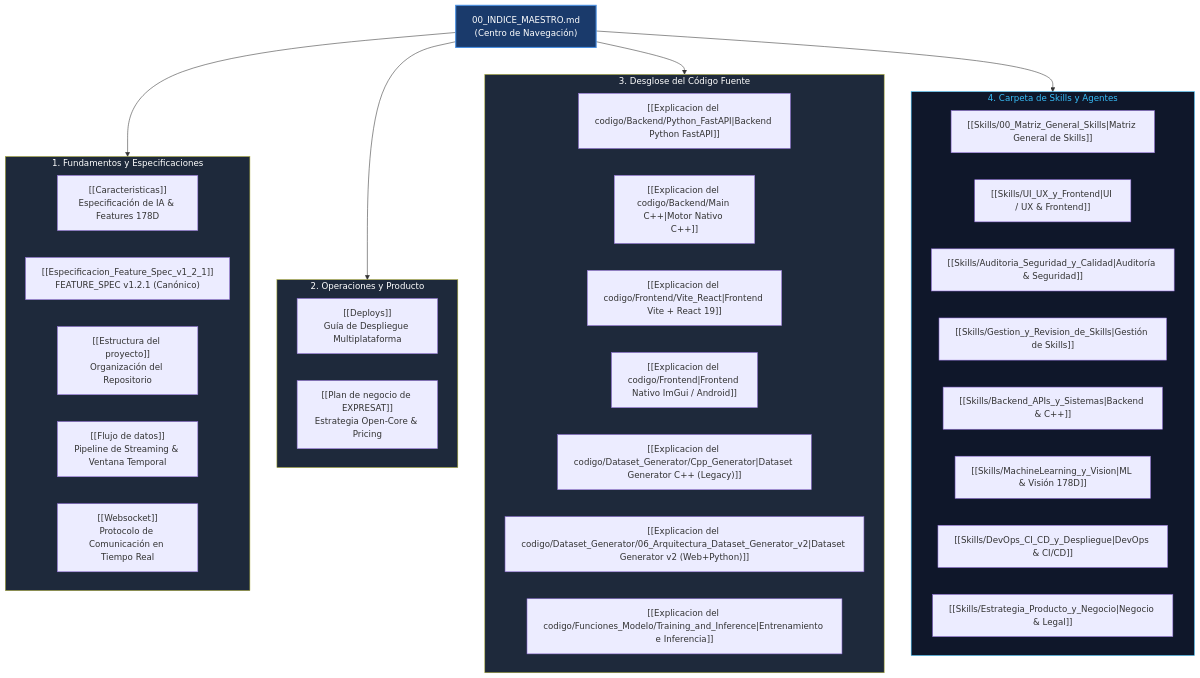
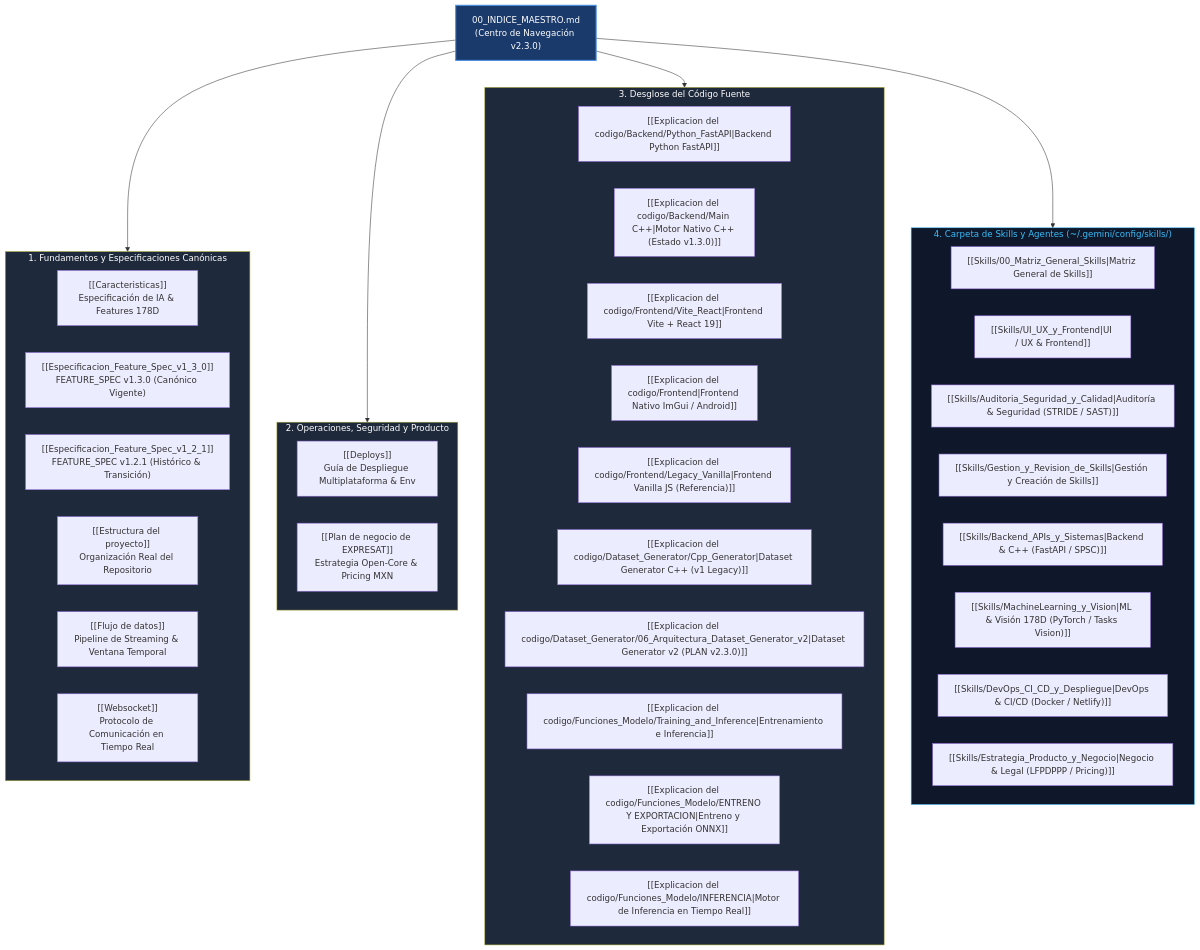
One commit to Salf423/expresat changed the diagram in Obsidian_exp/00_INDICE_MAESTRO.md. Above: the diagram before and after it, drawn with Mermaid. The commit also changed other lines of this file and 152 other files, not shown here.

````diff
--- a/Obsidian_exp/00_INDICE_MAESTRO.md
+++ b/Obsidian_exp/00_INDICE_MAESTRO.md
@@ -29,49 +30,53 @@
 ```mermaid
 flowchart TD
-    Index["00_INDICE_MAESTRO.md\n(Centro de Navegación)"]
+    Index["00_INDICE_MAESTRO.md\n(Centro de Navegación v2.3.0)"]
     
-    subgraph Arquitectura_Core ["1. Fundamentos y Especificaciones"]
+    subgraph Arquitectura_Core ["1. Fundamentos y Especificaciones Canónicas"]
         Caract["[[Caracteristicas]]\nEspecificación de IA & Features 178D"]
-        FSpec["[[Especificacion_Feature_Spec_v1_2_1]]\nFEATURE_SPEC v1.2.1 (Canónico)"]
-        Estruct["[[Estructura del proyecto]]\nOrganización del Repositorio"]
+        FSpec13["[[Especificacion_Feature_Spec_v1_3_0]]\nFEATURE_SPEC v1.3.0 (Canónico Vigente)"]
+        FSpec12["[[Especificacion_Feature_Spec_v1_2_1]]\nFEATURE_SPEC v1.2.1 (Histórico & Transición)"]
+        Estruct["[[Estructura del proyecto]]\nOrganización Real del Repositorio"]
         Flujo["[[Flujo de datos]]\nPipeline de Streaming & Ventana Temporal"]
         WS["[[Websocket]]\nProtocolo de Comunicación en Tiempo Real"]
     end
 
-    subgraph Operaciones_y_Negocio ["2. Operaciones y Producto"]
-        Deploy["[[Deploys]]\nGuía de Despliegue Multiplataforma"]
-        Biz["[[Plan de negocio de EXPRESAT]]\nEstrategia Open-Core & Pricing"]
+    subgraph Operaciones_y_Negocio ["2. Operaciones, Seguridad y Producto"]
+        Deploy["[[Deploys]]\nGuía de Despliegue Multiplataforma & Env"]
+        Biz["[[Plan de negocio de EXPRESAT]]\nEstrategia Open-Core & Pricing MXN"]
     end
 
     subgraph Modulos_Codigo ["3. Desglose del Código Fuente"]
         BE_Py["[[Explicacion del codigo/Backend/Python_FastAPI|Backend Python FastAPI]]"]
-        BE_Cpp["[[Explicacion del codigo/Backend/Main C++|Motor Nativo C++]]"]
+        BE_Cpp["[[Explicacion del codigo/Backend/Main C++|Motor Nativo C++ (Estado v1.3.0)]]"]
         FE_React["[[Explicacion del codigo/Frontend/Vite_React|Frontend Vite + React 19]]"]
         FE_Native["[[Explicacion del codigo/Frontend|Frontend Nativo ImGui / Android]]"]
-        Dataset_Gen["[[Explicacion del codigo/Dataset_Generator/Cpp_Generator|Dataset Generator C++ (Legacy)]]"]
-        Dataset_Gen_v2["[[Explicacion del codigo/Dataset_Generator/06_Arquitectura_Dataset_Generator_v2|Dataset Generator v2 (Web+Python)]]"]
+        FE_Legacy["[[Explicacion del codigo/Frontend/Legacy_Vanilla|Frontend Vanilla JS (Referencia)]]"]
+        Dataset_Gen["[[Explicacion del codigo/Dataset_Generator/Cpp_Generator|Dataset Generator C++ (v1 Legacy)]]"]
+        Dataset_Gen_v2["[[Explicacion del codigo/Dataset_Generator/06_Arquitectura_Dataset_Generator_v2|Dataset Generator v2 (PLAN v2.3.0)]]"]
         Model_Train["[[Explicacion del codigo/Funciones_Modelo/Training_and_Inference|Entrenamiento e Inferencia]]"]
+        Model_Export["[[Explicacion del codigo/Funciones_Modelo/ENTRENO Y EXPORTACION|Entreno y Exportación ONNX]]"]
+        Model_Infer["[[Explicacion del codigo/Funciones_Modelo/INFERENCIA|Motor de Inferencia en Tiempo Real]]"]
     end
 
-    subgraph Matriz_Skills ["4. Carpeta de Skills y Agentes"]
+    subgraph Matriz_Skills ["4. Carpeta de Skills y Agentes (~/.gemini/config/skills/)"]
         Skills_Root["[[Skills/00_Matriz_General_Skills|Matriz General de Skills]]"]
         Skill_UI["[[Skills/UI_UX_y_Frontend|UI / UX & Frontend]]"]
-        Skill_Sec["[[Skills/Auditoria_Seguridad_y_Calidad|Auditoría & Seguridad]]"]
-        Skill_Mgt["[[Skills/Gestion_y_Revision_de_Skills|Gestión de Skills]]"]
-        Skill_Back["[[Skills/Backend_APIs_y_Sistemas|Backend & C++]]"]
-        Skill_ML["[[Skills/MachineLearning_y_Vision|ML & Visión 178D]]"]
-        Skill_Ops["[[Skills/DevOps_CI_CD_y_Despliegue|DevOps & CI/CD]]"]
-        Skill_Biz["[[Skills/Estrategia_Producto_y_Negocio|Negocio & Legal]]"]
+        Skill_Sec["[[Skills/Auditoria_Seguridad_y_Calidad|Auditoría & Seguridad (STRIDE / SAST)]]"]
+        Skill_Mgt["[[Skills/Gestion_y_Revision_de_Skills|Gestión y Creación de Skills]]"]
+        Skill_Back["[[Skills/Backend_APIs_y_Sistemas|Backend & C++ (FastAPI / SPSC)]]"]
+        Skill_ML["[[Skills/MachineLearning_y_Vision|ML & Visión 178D (PyTorch / Tasks Vision)]]"]
+        Skill_Ops["[[Skills/DevOps_CI_CD_y_Despliegue|DevOps & CI/CD (Docker / Netlify)]]"]
+        Skill_Biz["[[Skills/Estrategia_Producto_y_Negocio|Negocio & Legal (LFPDPPP / Pricing)]]"]
     end
 
     Index --> Arquitectura_Core
     Index --> Operaciones_y_Negocio
     Index --> Modulos_Codigo
     Index --> Matriz_Skills
 
     style Index fill:#1a3a6b,color:#fff,stroke:#4a90e2,stroke-width:2px
     style Arquitectura_Core fill:#1e293b,color:#fff
     style Operaciones_y_Negocio fill:#1e293b,color:#fff
     style Modulos_Codigo fill:#1e293b,color:#fff
     style Matriz_Skills fill:#0f172a,color:#38bdf8,stroke:#38bdf8
 ```
````
